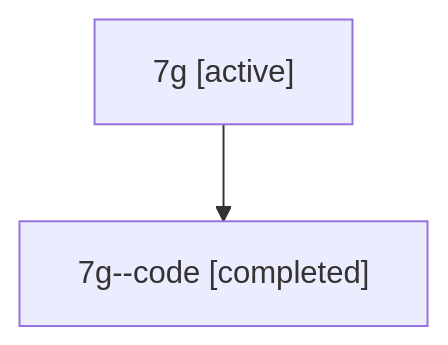
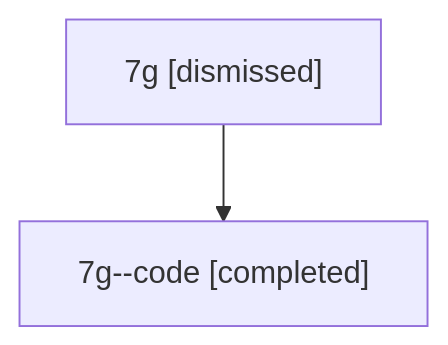
The diagram in sessions/bbugyi200.athena.7g.md (sase-org/sase--agents), drawn with Mermaid before and after one commit. The commit also changed other lines of this file and 29 other files, not shown here.

````diff
--- a/sessions/bbugyi200.athena.7g.md
+++ b/sessions/bbugyi200.athena.7g.md
@@ -9,6 +9,6 @@
 ```mermaid
 flowchart TD
-  n0["7g [active]"]
+  n0["7g [dismissed]"]
   n1["7g--code [completed]"]
   n0 --> n1
 ```
````
